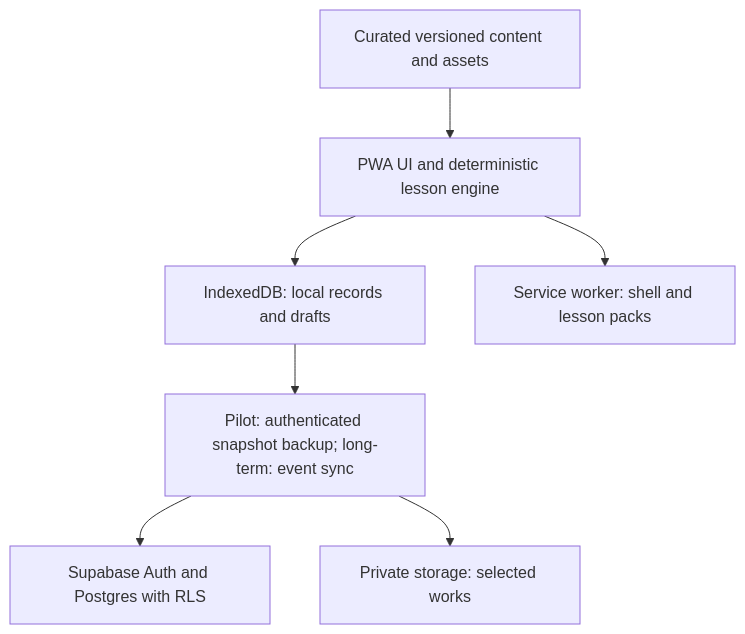
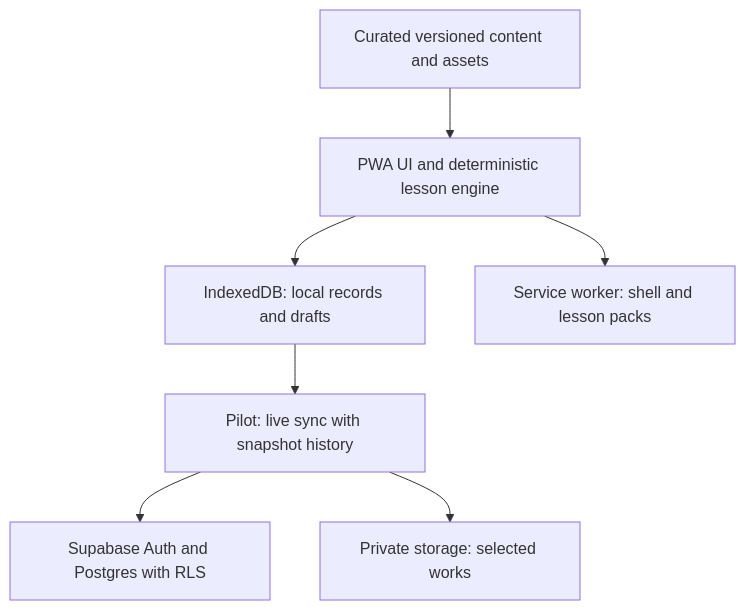
The diagram in docs/TECHNICAL_HANDOFF.md (FrankxSG/turtle-academy), drawn with Mermaid before and after one commit. The commit also changed other lines of this file and 5 other files, not shown here.

First line of the commit message:
docs: replace one-device snapshot backup with live sync

````diff
--- a/docs/TECHNICAL_HANDOFF.md
+++ b/docs/TECHNICAL_HANDOFF.md
@@ -57,9 +57,9 @@
 ```mermaid
 flowchart TD
   C["Curated versioned content and assets"] --> P["PWA UI and deterministic lesson engine"]
   P --> L["IndexedDB: local records and drafts"]
   P --> W["Service worker: shell and lesson packs"]
-  L --> Q["Pilot: authenticated snapshot backup; long-term: event sync"]
+  L --> Q["Pilot: live sync with snapshot history"]
   Q --> D["Supabase Auth and Postgres with RLS"]
   Q --> S["Private storage: selected works"]
 ```
````
